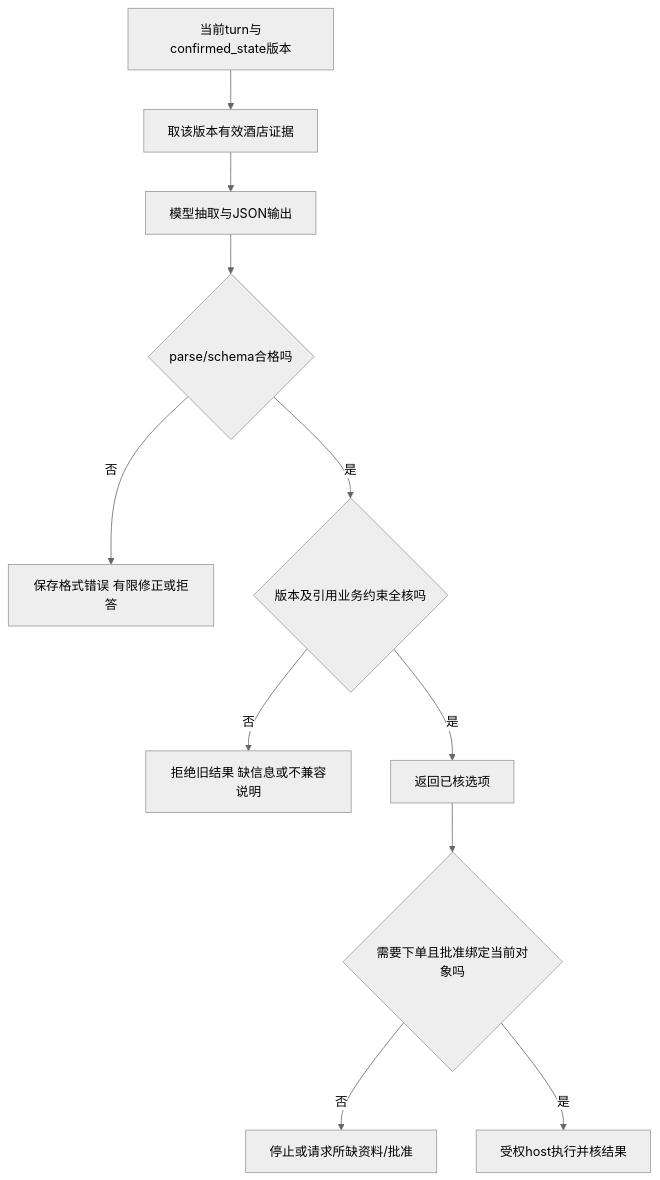
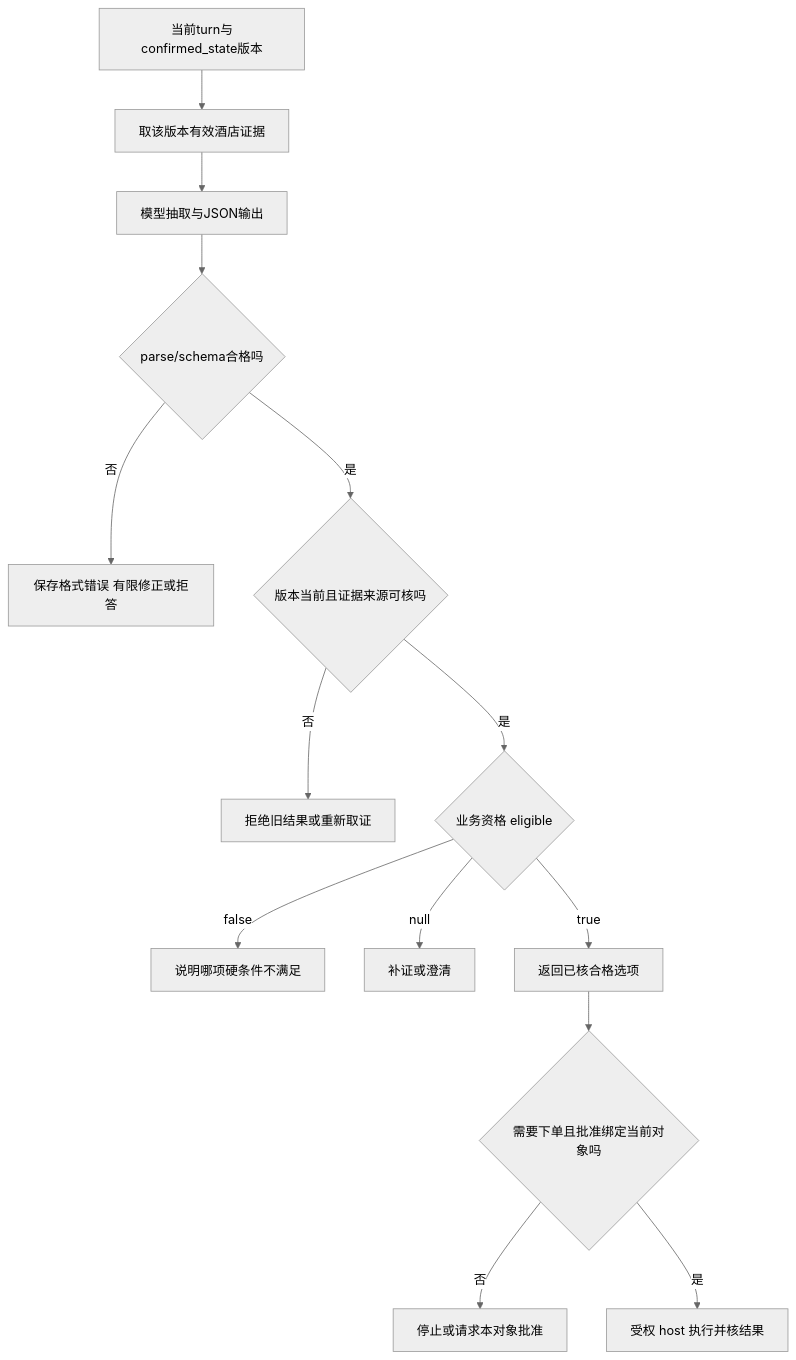
Before and after one commit to CercaTrovato/cityu-ai-course-notes: the sixth of 9 diagrams in IS5542_GenAI_in_Business/notes/M02-模型全景-基准评测与提示设计.md, drawn with Mermaid (neutral theme). The commit also changed other lines of this file and 2300 other files, not shown here.

First line of the commit message:
完善五课程逐页学习笔记、课件原图与修补规范

````diff
--- a/IS5542_GenAI_in_Business/notes/M02-模型全景-基准评测与提示设计.md
+++ b/IS5542_GenAI_in_Business/notes/M02-模型全景-基准评测与提示设计.md
@@ -4529,13 +5222,16 @@
 ```mermaid
 flowchart TD
  A[当前turn与confirmed_state版本] --> B[取该版本有效酒店证据]
  B --> C[模型抽取与JSON输出]
  C --> D{parse/schema合格吗}
  D -->|否| E[保存格式错误 有限修正或拒答]
- D -->|是| F{版本及引用业务约束全核吗}
- F -->|否| G[拒绝旧结果 缺信息或不兼容说明]
- F -->|是| H[返回已核选项]
+ D -->|是| F{版本当前且证据来源可核吗}
+ F -->|否| G[拒绝旧结果或重新取证]
+ F -->|是| Q{业务资格 eligible}
+ Q -->|false| X[说明哪项硬条件不满足]
+ Q -->|null| Y[补证或澄清]
+ Q -->|true| H[返回已核合格选项]
  H --> I{需要下单且批准绑定当前对象吗}
- I -->|否| J[停止或请求所缺资料/批准]
- I -->|是| K[受权host执行并核结果]
+ I -->|否| J[停止或请求本对象批准]
+ I -->|是| K[受权 host 执行并核结果]
 ```
````
